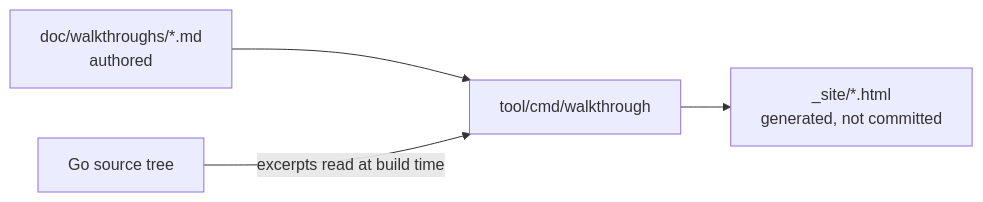
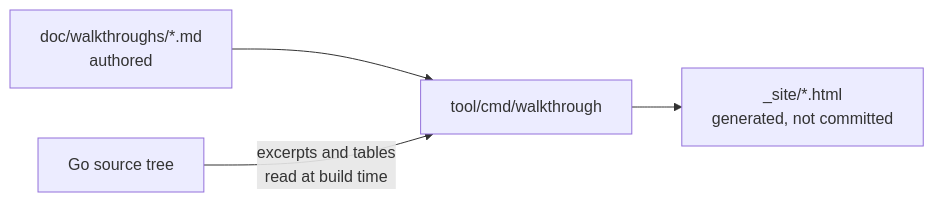
The diagram in doc/walkthroughs/README.md (googleapis/librarian), drawn with Mermaid before and after one commit. The commit also changed other lines of this file and 14 other files, not shown here.

````diff
--- a/doc/walkthroughs/README.md
+++ b/doc/walkthroughs/README.md
@@ -19,10 +20,10 @@
 ```mermaid
 flowchart LR
   code["Go source tree"]
   md["doc/walkthroughs/*.md<br/>authored"]
   tool["tool/cmd/walkthrough"]
   site["_site/*.html<br/>generated, not committed"]
   md --> tool
-  code -- "excerpts read at build time" --> tool
+  code -- "excerpts and tables<br/>read at build time" --> tool
   tool --> site
 ```
````
